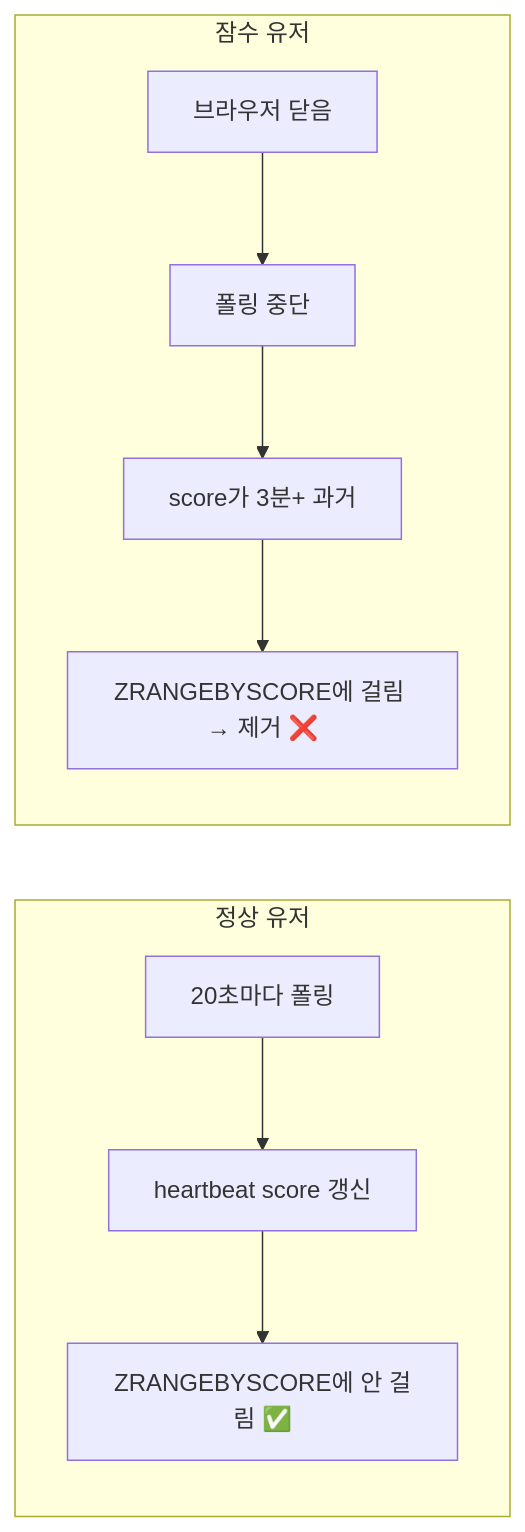
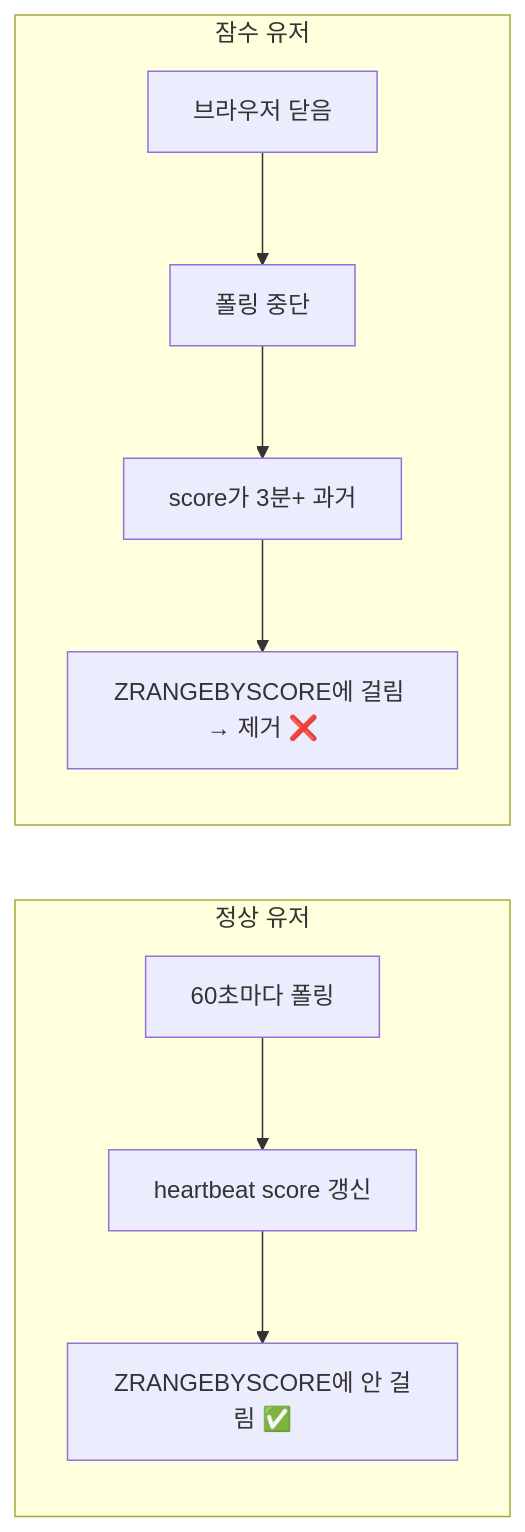
One commit to irnd04/zticket changed the fourth of 7 diagrams in README.md. Above: the diagram before and after it, drawn with Mermaid. The commit also changed other lines of this file and 3 other files, not shown here.

````diff
--- a/README.md
+++ b/README.md
@@ -126,9 +126,9 @@
 ```mermaid
 flowchart LR
     subgraph 정상 유저
-        N1[20초마다 폴링] --> N2[heartbeat score 갱신] --> N3[ZRANGEBYSCORE에 안 걸림 ✅]
+        N1[60초마다 폴링] --> N2[heartbeat score 갱신] --> N3[ZRANGEBYSCORE에 안 걸림 ✅]
     end
     subgraph 잠수 유저
         G1[브라우저 닫음] --> G2[폴링 중단] --> G3[score가 3분+ 과거] --> G4[ZRANGEBYSCORE에 걸림 → 제거 ❌]
     end
 ```
````
